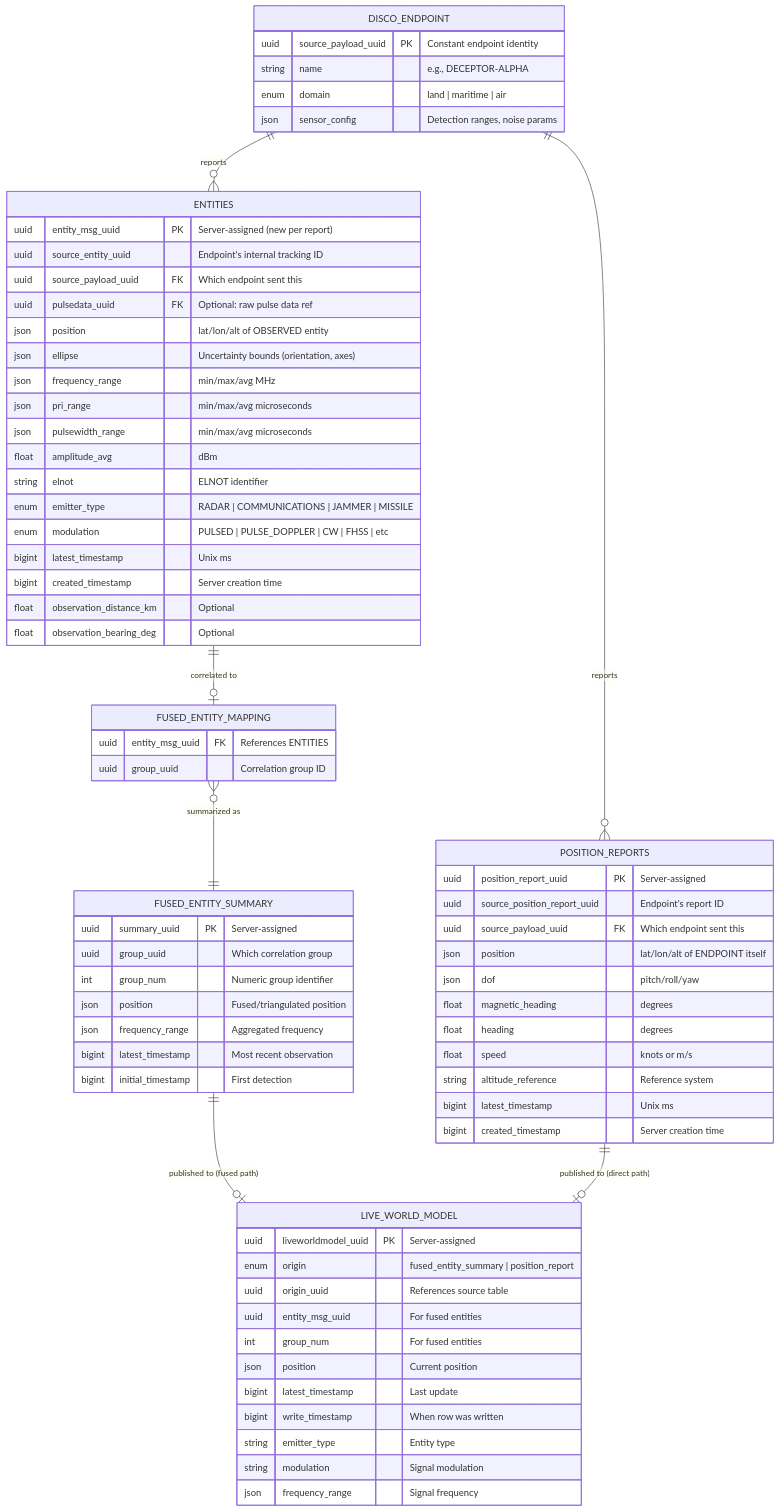
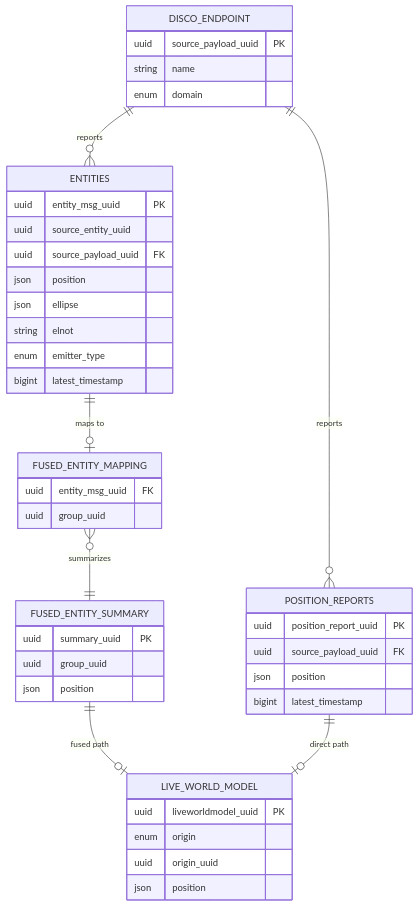
One commit to ericpauls/disco_workspace changed the first of 6 diagrams in docs/data-architecture-erd.md. Above: the diagram before and after it, drawn with Mermaid. The commit also changed other lines of this file and 1 other file, not shown here.

First line of the commit message:
docs: Improve architecture diagram readability

````diff
--- a/docs/data-architecture-erd.md
+++ b/docs/data-architecture-erd.md
@@ -7,101 +9,51 @@
 ```mermaid
 erDiagram
-    %% ============================================
-    %% SOURCE-SIDE (Endpoint-Generated)
-    %% ============================================
-
     DISCO_ENDPOINT {
-        uuid source_payload_uuid PK "Constant endpoint identity"
-        string name "e.g., DECEPTOR-ALPHA"
-        enum domain "land | maritime | air"
-        json sensor_config "Detection ranges, noise params"
+        uuid source_payload_uuid PK
+        string name
+        enum domain
     }
 
-    %% ============================================
-    %% CORE DATA TABLES
-    %% ============================================
-
     ENTITIES {
-        uuid entity_msg_uuid PK "Server-assigned (new per report)"
-        uuid source_entity_uuid "Endpoint's internal tracking ID"
-        uuid source_payload_uuid FK "Which endpoint sent this"
-        uuid pulsedata_uuid FK "Optional: raw pulse data ref"
-        json position "lat/lon/alt of OBSERVED entity"
-        json ellipse "Uncertainty bounds (orientation, axes)"
-        json frequency_range "min/max/avg MHz"
-        json pri_range "min/max/avg microseconds"
-        json pulsewidth_range "min/max/avg microseconds"
-        float amplitude_avg "dBm"
-        string elnot "ELNOT identifier"
-        enum emitter_type "RADAR | COMMUNICATIONS | JAMMER | MISSILE"
-        enum modulation "PULSED | PULSE_DOPPLER | CW | FHSS | etc"
-        bigint latest_timestamp "Unix ms"
-        bigint created_timestamp "Server creation time"
-        float observation_distance_km "Optional"
-        float observation_bearing_deg "Optional"
+        uuid entity_msg_uuid PK
+        uuid source_entity_uuid
+        uuid source_payload_uuid FK
+        json position
+        json ellipse
+        string elnot
+        enum emitter_type
+        bigint latest_timestamp
     }
 
     POSITION_REPORTS {
-        uuid position_report_uuid PK "Server-assigned"
-        uuid source_position_report_uuid "Endpoint's report ID"
-        uuid source_payload_uuid FK "Which endpoint sent this"
-        json position "lat/lon/alt of ENDPOINT itself"
-        json dof "pitch/roll/yaw"
-        float magnetic_heading "degrees"
-        float heading "degrees"
-        float speed "knots or m/s"
-        string altitude_reference "Reference system"
-        bigint latest_timestamp "Unix ms"
-        bigint created_timestamp "Server creation time"
+        uuid position_report_uuid PK
+        uuid source_payload_uuid FK
+        json position
+        bigint latest_timestamp
     }
 
-    %% ============================================
-    %% FUSION TABLES (PLANNED - NOT YET IMPLEMENTED)
-    %% ============================================
-
     FUSED_ENTITY_MAPPING {
-        uuid entity_msg_uuid FK "References ENTITIES"
-        uuid group_uuid "Correlation group ID"
+        uuid entity_msg_uuid FK
+        uuid group_uuid
     }
 
     FUSED_ENTITY_SUMMARY {
-        uuid summary_uuid PK "Server-assigned"
-        uuid group_uuid "Which correlation group"
-        int group_num "Numeric group identifier"
-        json position "Fused/triangulated position"
-        json frequency_range "Aggregated frequency"
-        bigint latest_timestamp "Most recent observation"
-        bigint initial_timestamp "First detection"
+        uuid summary_uuid PK
+        uuid group_uuid
+        json position
     }
 
-    %% ============================================
-    %% LIVE WORLD MODEL (CANONICAL VIEW)
-    %% ============================================
-
     LIVE_WORLD_MODEL {
-        uuid liveworldmodel_uuid PK "Server-assigned"
-        enum origin "fused_entity_summary | position_report"
-        uuid origin_uuid "References source table"
-        uuid entity_msg_uuid "For fused entities"
-        int group_num "For fused entities"
-        json position "Current position"
-        bigint latest_timestamp "Last update"
-        bigint write_timestamp "When row was written"
-        string emitter_type "Entity type"
-        string modulation "Signal modulation"
-        json frequency_range "Signal frequency"
+        uuid liveworldmodel_uuid PK
+        enum origin
+        uuid origin_uuid
+        json position
     }
-
-    %% ============================================
-    %% RELATIONSHIPS
-    %% ============================================
 
     DISCO_ENDPOINT ||--o{ ENTITIES : "reports"
     DISCO_ENDPOINT ||--o{ POSITION_REPORTS : "reports"
-
-    ENTITIES ||--o| FUSED_ENTITY_MAPPING : "correlated to"
-    FUSED_ENTITY_MAPPING }o--|| FUSED_ENTITY_SUMMARY : "summarized as"
-
-    FUSED_ENTITY_SUMMARY ||--o| LIVE_WORLD_MODEL : "published to (fused path)"
-    POSITION_REPORTS ||--o| LIVE_WORLD_MODEL : "published to (direct path)"
+    ENTITIES ||--o| FUSED_ENTITY_MAPPING : "maps to"
+    FUSED_ENTITY_MAPPING }o--|| FUSED_ENTITY_SUMMARY : "summarizes"
+    FUSED_ENTITY_SUMMARY ||--o| LIVE_WORLD_MODEL : "fused path"
+    POSITION_REPORTS ||--o| LIVE_WORLD_MODEL : "direct path"
 ```
````
